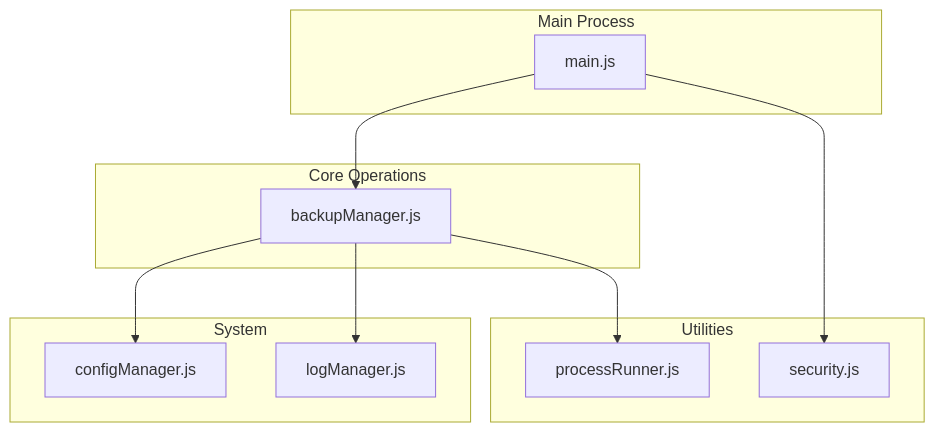
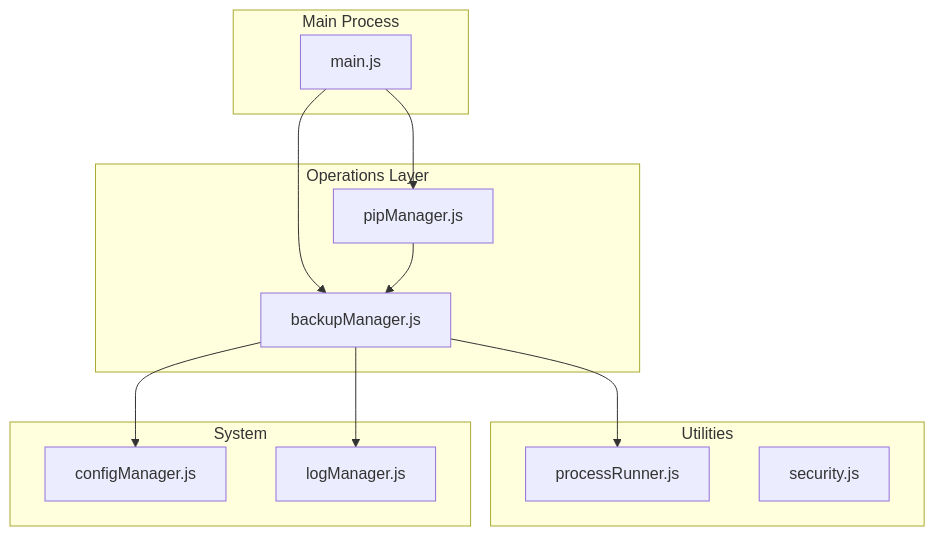
The first of 9 diagrams in docs/en/content/Advanced Features/Backup & Recovery System.md (SoftheartedYYC/PyLibMaster), drawn with Mermaid before and after one commit. The commit also changed other lines of this file and 72 other files, not shown here.

````diff
--- a/docs/en/content/Advanced Features/Backup & Recovery System.md
+++ b/docs/en/content/Advanced Features/Backup & Recovery System.md
@@ -31,22 +41,24 @@
 ```mermaid
 graph TB
-subgraph "Core Operations"
+subgraph "Operations Layer"
 BM["backupManager.js"]
+PM["pipManager.js"]
 end
 subgraph "Utilities"
 PR["processRunner.js"]
 SEC["security.js"]
 end
 subgraph "System"
 CFG["configManager.js"]
 LOG["logManager.js"]
 end
 subgraph "Main Process"
 MAIN["main.js"]
 end
 MAIN --> BM
+MAIN --> PM
 BM --> PR
 BM --> CFG
 BM --> LOG
-MAIN --> SEC
+PM --> BM
 ```
````
